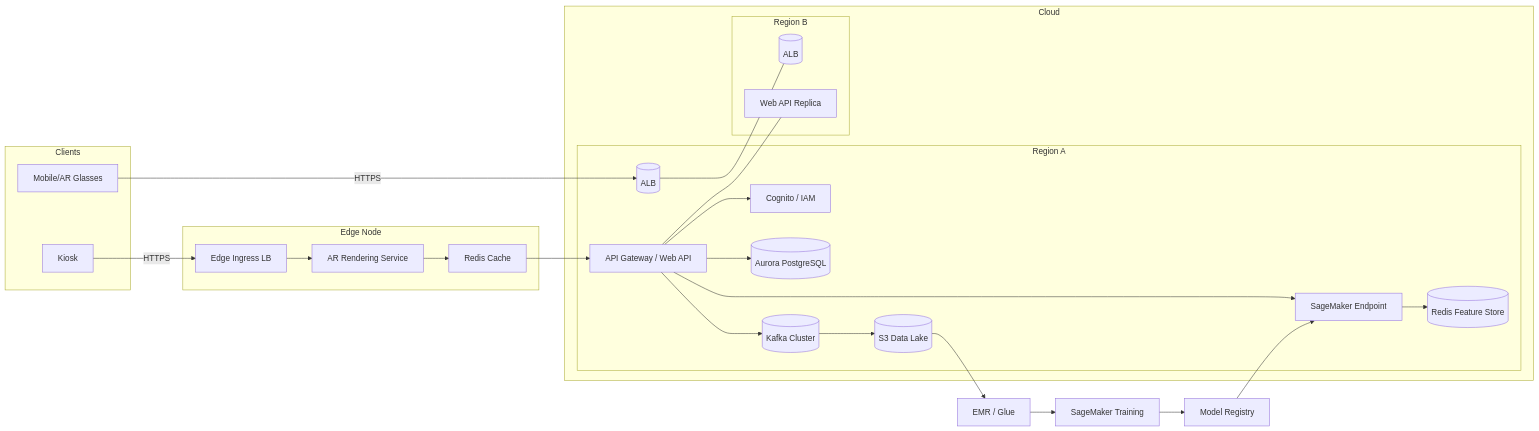
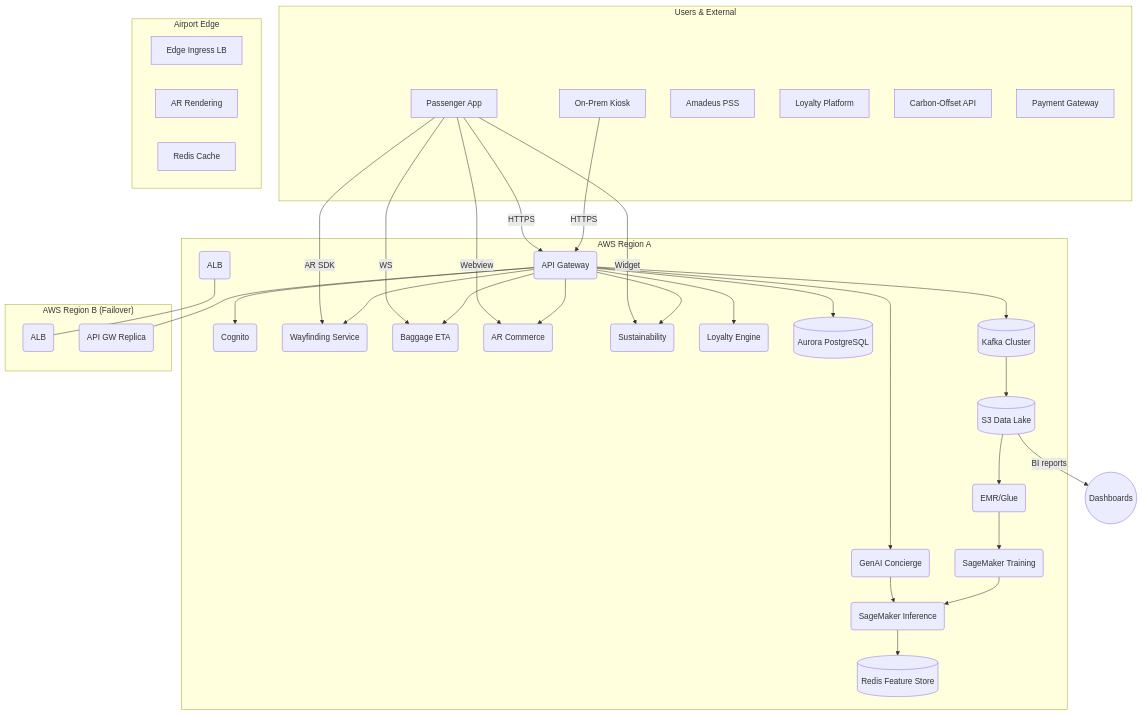
One commit to suprachakra/AeroFusionXR changed the first of 14 diagrams in docs/Technical/01_Architecture.md. Above: the diagram before and after it, drawn with Mermaid. The commit also changed other lines of this file, not shown here.

`````diff
--- a/docs/Technical/01_Architecture.md
+++ b/docs/Technical/01_Architecture.md
@@ -2,45 +27,62 @@
 ```mermaid
-flowchart LR
-  subgraph Clients
-    Mobile[Mobile/AR Glasses]
-    Kiosk[Kiosk]
+flowchart TB
+  %% Users & External
+  subgraph "Users & External"
+    App[Passenger App]
+    Kiosk[On-Prem Kiosk]
+    PSS[Amadeus PSS]
+    Loyalty[Loyalty Platform]
+    CarbonAPI[Carbon-Offset API]
+    Pay[Payment Gateway]
   end
 
-  subgraph Edge Node
-    EIngress[Edge Ingress LB]
-    ARRender[AR Rendering Service]
-    ECache[Redis Cache]
+  %% Core Services Edge & Cloud
+  subgraph "Airport Edge"
+    Ingress[Edge Ingress LB]
+    Renderer[AR Rendering]
+    Cache[Redis Cache]
+  end
+  subgraph "AWS Region A"
+    ALB(ALB)
+    APIGW(API Gateway)
+    Auth(Cognito)
+    GenAI(GenAI Concierge)
+    Way(Wayfinding Service)
+    Bagg(Baggage ETA)
+    Shop(AR Commerce)
+    Eco(Sustainability)
+    LoyaltyEng(Loyalty Engine)
+    Infer(SageMaker Inference)
+    DB[(Aurora PostgreSQL)]
+    Kafka[(Kafka Cluster)]
+    FS[(Redis Feature Store)]
+    Lake[(S3 Data Lake)]
+    Glue(EMR/Glue)
+    Train(SageMaker Training)
+  end
+  subgraph "AWS Region B (Failover)"
+    ALB2(ALB)
+    APIGW2(API GW Replica)
   end
 
-  subgraph Cloud
-    subgraph Region A
-      ALB[(ALB)]
-      API[API Gateway / Web API]
-      Auth[Cognito / IAM]
-      MLInfer[SageMaker Endpoint]
-      DB[(Aurora PostgreSQL)]
-      EVT[(Kafka Cluster)]
-      FS[(Redis Feature Store)]
-      S3[(S3 Data Lake)]
-    end
-    subgraph Region B
-      ALB2[(ALB)]
-      API2[Web API Replica]
-    end
-  end
+  App -->|HTTPS| APIGW
+  App -->|AR SDK| Way
+  App -->|WS| Bagg
+  App -->|Webview| Shop
+  App -->|Widget| Eco
+  Kiosk -->|HTTPS| APIGW
 
-  Mobile -->|HTTPS| ALB
-  Kiosk -->|HTTPS| EIngress
-  EIngress --> ARRender --> ECache --> API
-  API --> Auth
-  API --> MLInfer --> FS
-  API --> DB
-  API --> EVT
-  EVT --> S3
-  S3 --> EMR[EMR / Glue]
-  EMR --> Training[SageMaker Training]
-  Training --> ModelReg[Model Registry]
-  ModelReg --> MLInfer
+  APIGW --> Auth
+  APIGW --> GenAI --> Infer --> FS
+  APIGW --> Way
+  APIGW --> Bagg
+  APIGW --> Shop
+  APIGW --> Eco
+  APIGW --> LoyaltyEng
+  APIGW --> DB
+  APIGW --> Kafka --> Lake --> Glue --> Train --> Infer
+
+  Lake -->|BI reports| BI((Dashboards))
   ALB --- ALB2
-  API --- API2
-````
+  APIGW --- APIGW2
+```
`````
